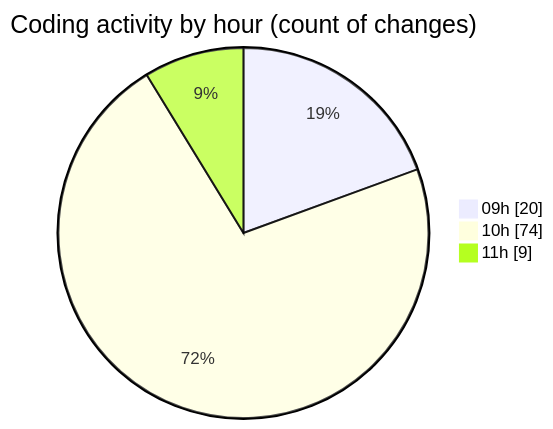
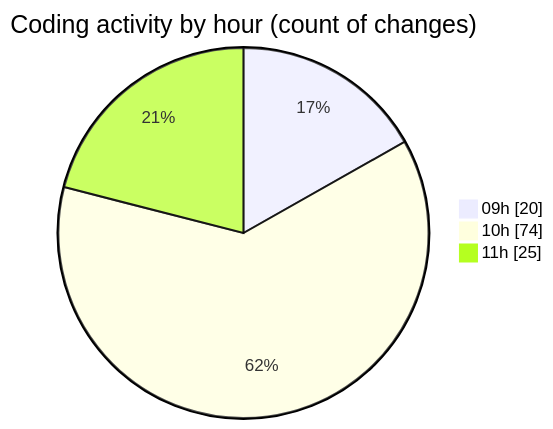
The second of 2 diagrams in 2025-06-06/ecodeli-1/README.md (CELIANVF/code-tracking), drawn with Mermaid before and after one commit. The commit also changed other lines of this file and 1 other file, not shown here.

````diff
--- a/2025-06-06/ecodeli-1/README.md
+++ b/2025-06-06/ecodeli-1/README.md
@@ -62,7 +68,7 @@
 ```mermaid
 pie showData
 title Coding activity by hour (count of changes)
 "09h" : 20
 "10h" : 74
-"11h" : 9
+"11h" : 25
 ```
````
